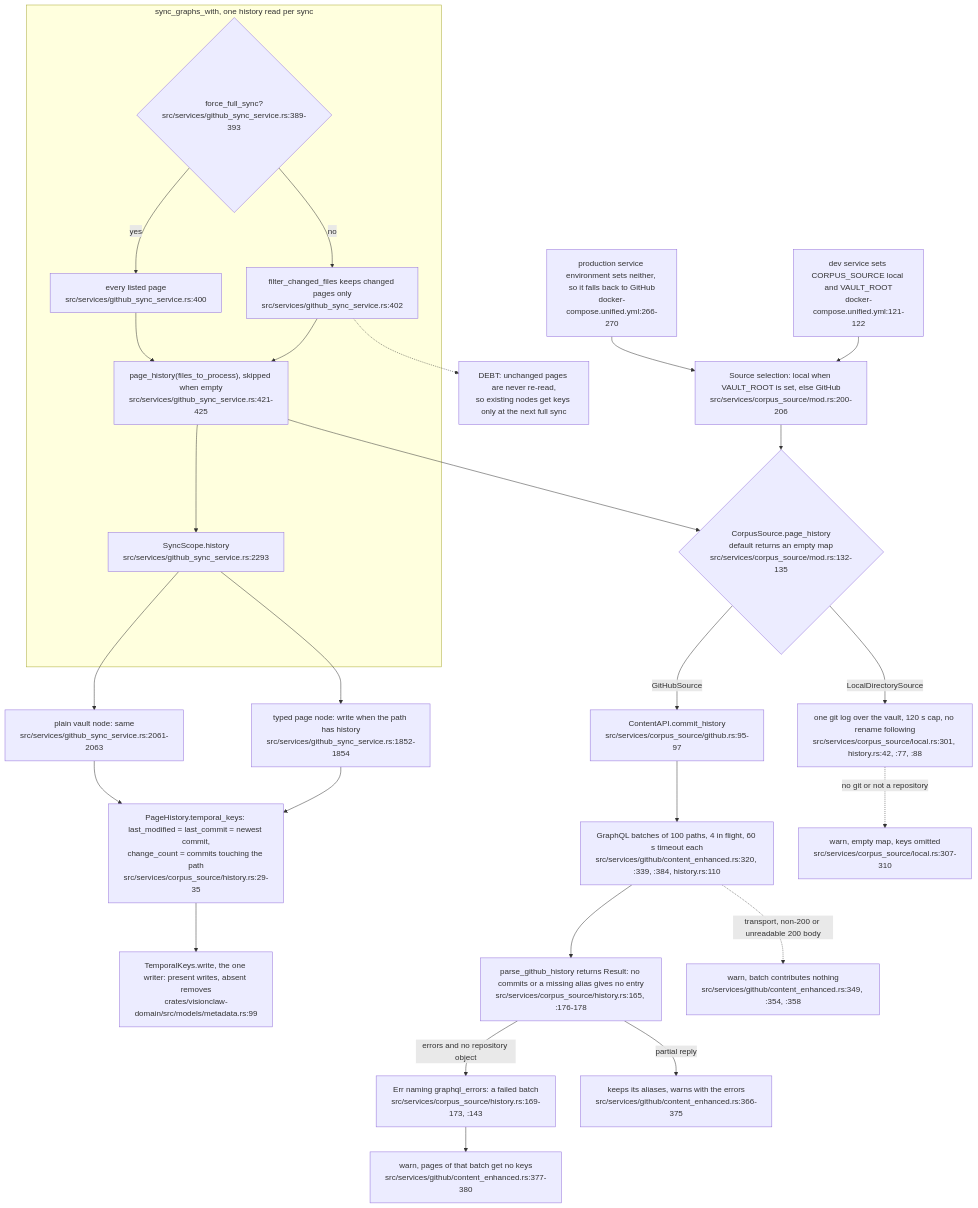
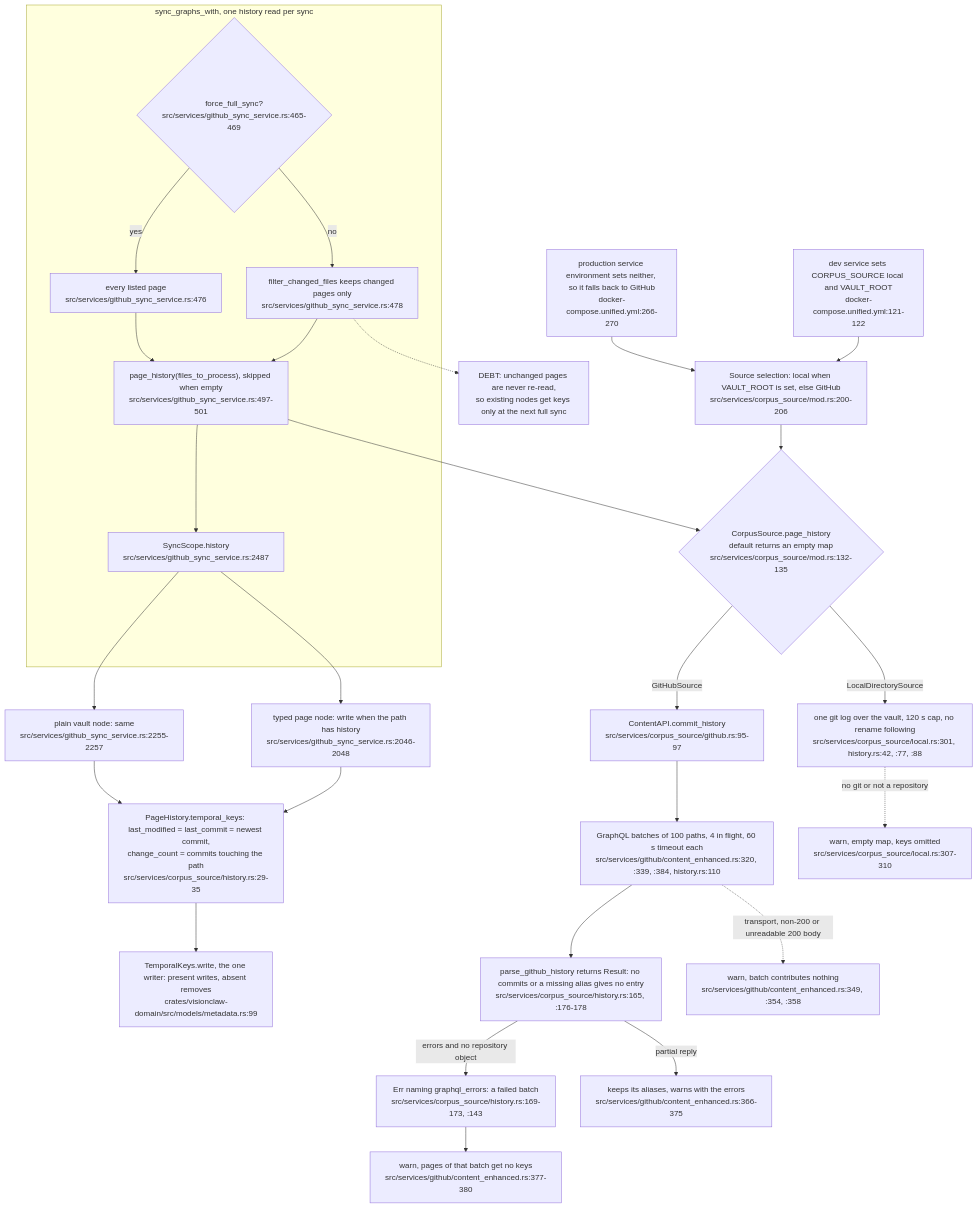
The sixth of 7 diagrams in docs/diagrams/visionclaw/21-corpus-ingest-and-vault.md (DreamLab-AI/VisionFlow), drawn with Mermaid before and after one commit. The commit also changed other lines of this file and 81 other files, not shown here.

First line of the commit message:
docs(diagrams): roll VisionClaw topics to main 010e1109b (PR 37 and 38 merged); fix remaining prose citations

````diff
--- a/docs/diagrams/visionclaw/21-corpus-ingest-and-vault.md
+++ b/docs/diagrams/visionclaw/21-corpus-ingest-and-vault.md
@@ -268,30 +268,30 @@
 ```mermaid
 flowchart TB
     subgraph SYNC["sync_graphs_with, one history read per sync"]
-        FF{"force_full_sync?<br/>src/services/github_sync_service.rs:389-393"}
-        FF -->|no| INC["filter_changed_files keeps changed pages only<br/>src/services/github_sync_service.rs:402"]
-        FF -->|yes| ALL["every listed page<br/>src/services/github_sync_service.rs:400"]
-        INC --> HR["page_history(files_to_process), skipped when empty<br/>src/services/github_sync_service.rs:421-425"]
+        FF{"force_full_sync?<br/>src/services/github_sync_service.rs:465-469"}
+        FF -->|no| INC["filter_changed_files keeps changed pages only<br/>src/services/github_sync_service.rs:478"]
+        FF -->|yes| ALL["every listed page<br/>src/services/github_sync_service.rs:476"]
+        INC --> HR["page_history(files_to_process), skipped when empty<br/>src/services/github_sync_service.rs:497-501"]
         ALL --> HR
-        HR --> SC["SyncScope.history<br/>src/services/github_sync_service.rs:2293"]
+        HR --> SC["SyncScope.history<br/>src/services/github_sync_service.rs:2487"]
     end
-    SC --> W1["typed page node: write when the path has history<br/>src/services/github_sync_service.rs:1852-1854"]
-    SC --> W2["plain vault node: same<br/>src/services/github_sync_service.rs:2061-2063"]
+    SC --> W1["typed page node: write when the path has history<br/>src/services/github_sync_service.rs:2046-2048"]
+    SC --> W2["plain vault node: same<br/>src/services/github_sync_service.rs:2255-2257"]
     W1 --> PK["PageHistory.temporal_keys: last_modified = last_commit = newest commit,<br/>change_count = commits touching the path<br/>src/services/corpus_source/history.rs:29-35"]
     W2 --> PK
     PK --> TW["TemporalKeys.write, the one writer: present writes, absent removes<br/>crates/visionclaw-domain/src/models/metadata.rs:99"]
     HR --> PORT{"CorpusSource.page_history<br/>default returns an empty map<br/>src/services/corpus_source/mod.rs:132-135"}
     PORT -->|LocalDirectorySource| GL["one git log over the vault, 120 s cap, no rename following<br/>src/services/corpus_source/local.rs:301, history.rs:42, :77, :88"]
     PORT -->|GitHubSource| GH["ContentAPI.commit_history<br/>src/services/corpus_source/github.rs:95-97"]
     GH --> GQ["GraphQL batches of 100 paths, 4 in flight, 60 s timeout each<br/>src/services/github/content_enhanced.rs:320, :339, :384, history.rs:110"]
     GQ --> GP["parse_github_history returns Result: no commits or a missing alias gives no entry<br/>src/services/corpus_source/history.rs:165, :176-178"]
     GP -->|"errors and no repository object"| GE["Err naming graphql_errors: a failed batch<br/>src/services/corpus_source/history.rs:169-173, :143"]
     GP -->|"partial reply"| PR["keeps its aliases, warns with the errors<br/>src/services/github/content_enhanced.rs:366-375"]
     GE --> FO["warn, pages of that batch get no keys<br/>src/services/github/content_enhanced.rs:377-380"]
     GQ -.->|"transport, non-200 or unreadable 200 body"| FO1["warn, batch contributes nothing<br/>src/services/github/content_enhanced.rs:349, :354, :358"]
     GL -.->|"no git or not a repository"| FO2["warn, empty map, keys omitted<br/>src/services/corpus_source/local.rs:307-310"]
     INC -.-> LOOSE["DEBT: unchanged pages are never re-read,<br/>so existing nodes get keys only at the next full sync"]
     SEL["Source selection: local when VAULT_ROOT is set, else GitHub<br/>src/services/corpus_source/mod.rs:200-206"] --> PORT
     DEV["dev service sets CORPUS_SOURCE local and VAULT_ROOT<br/>docker-compose.unified.yml:121-122"] --> SEL
     PROD["production service environment sets neither, so it falls back to GitHub<br/>docker-compose.unified.yml:266-270"] --> SEL
 ```
````
